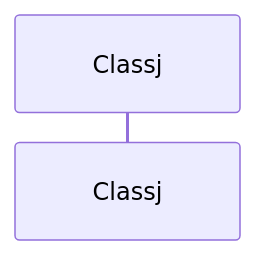
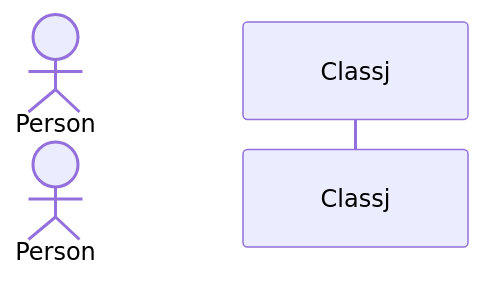
The diagram in mermade/untitledj.md (saiphanindra1010/arch_diagram_demo), drawn with Mermaid before and after one commit.

Commit message:
mermade: save Untitledj

````diff
--- a/mermade/untitledj.md
+++ b/mermade/untitledj.md
@@ -3,5 +3,6 @@
 ```mermaid
 sequenceDiagram
+  actor Person
   participant Classj
-%% mermade:{"v":1,"diagramType":"sequence","nodes":{"Classj":{"x":552.80078125,"y":335.28125,"w":220,"h":70,"kind":"class","members":[]}},"groups":{},"edges":{}}
+%% mermade:{"v":1,"diagramType":"sequence","nodes":{"Classj":{"x":552.80078125,"y":335.28125,"w":220,"h":70,"kind":"class","members":[]},"Person":{"x":340,"y":40,"w":120,"h":56,"kind":"actor"}},"groups":{},"edges":{}}
 ```
````
